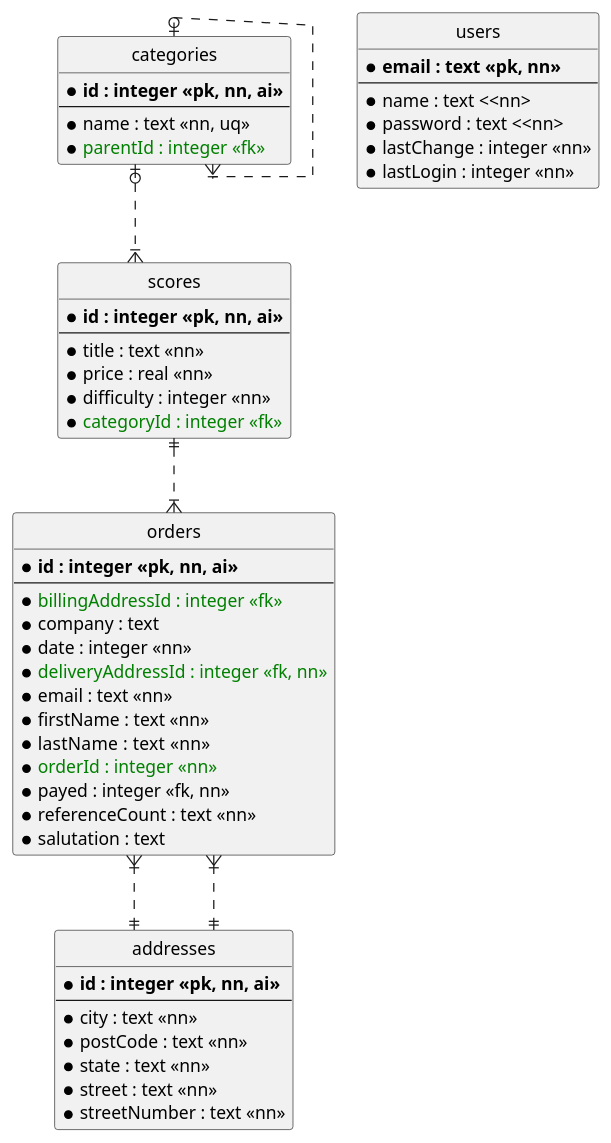
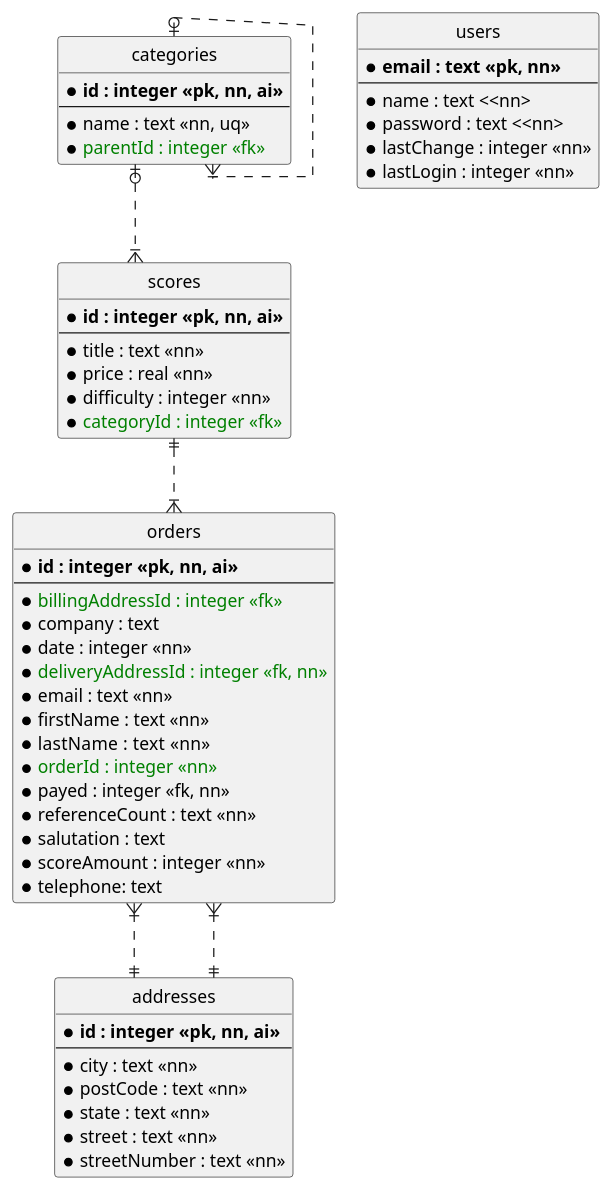
Before and after one commit to mknentwich/core: the diagram in doc/database/database.adoc, drawn with PlantUML. The commit also changed 1 other file, not shown here.

Commit message:
added scoreAmount to orders, added telephone to database model

```diff
--- a/doc/database/database.adoc
+++ b/doc/database/database.adoc
@@ -8,70 +8,72 @@
 [plantuml, database_model, svg]
 ....
 @startuml
 
 hide circle
 skinparam linetype ortho
 
 ' entities
 
 entity "categories" as cat {
   * **id : integer <<pk, nn, ai>>**
   --
   *name : text <<nn, uq>>
   *<color:green>parentId : integer <<fk>></color>
 }
 
 entity "scores" as sco {
   * **id : integer <<pk, nn, ai>>**
   --
   *title : text <<nn>>
   *price : real <<nn>>
   *difficulty : integer <<nn>>
   *<color:green>categoryId : integer <<fk>></color>
 }
 
 entity "orders" as ord {
   * **id : integer <<pk, nn, ai>>**
   --
   *<color:green>billingAddressId : integer <<fk>></color>
   *company : text
   *date : integer <<nn>>
   *<color:green>deliveryAddressId : integer <<fk, nn>></color>
   *email : text <<nn>>
   *firstName : text <<nn>>
   *lastName :  text <<nn>>
   *<color:green>orderId : integer <<nn>></color>
   *payed : integer <<fk, nn>>
   *referenceCount : text <<nn>>
   *salutation : text
+  *scoreAmount : integer <<nn>>
+  *telephone: text
 }
 
 entity "addresses" as add {
   * **id : integer <<pk, nn, ai>>**
   --
   *city : text <<nn>>
   *postCode : text <<nn>>
   *state : text <<nn>>
   *street : text <<nn>>
   *streetNumber : text <<nn>>
 }
 
 entity "users" {
   * **email : text <<pk, nn>>**
   --
   *name : text <<nn>
   *password : text <<nn>
   *lastChange : integer <<nn>>
   *lastLogin : integer <<nn>>
 }
 
 ' relations
 
 cat |o..|{ cat
 cat |o..|{ sco
 ord }|..|| add
 ord }|..|| add
 sco ||..|{ ord
 
 @enduml
 ....
```
